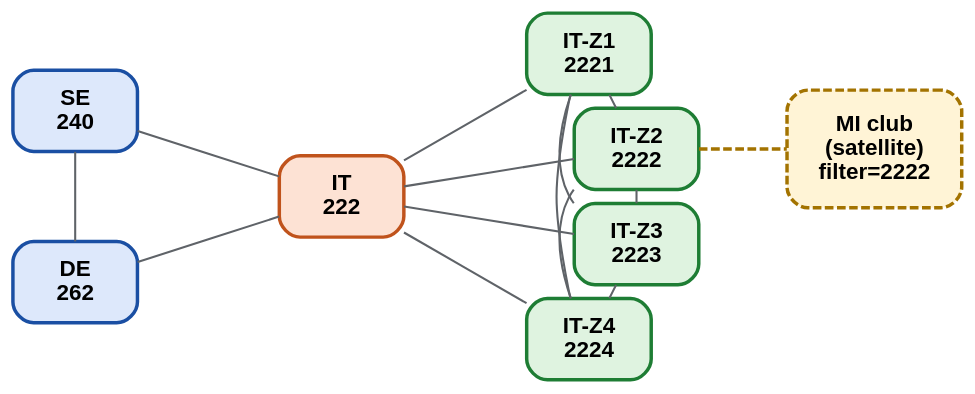
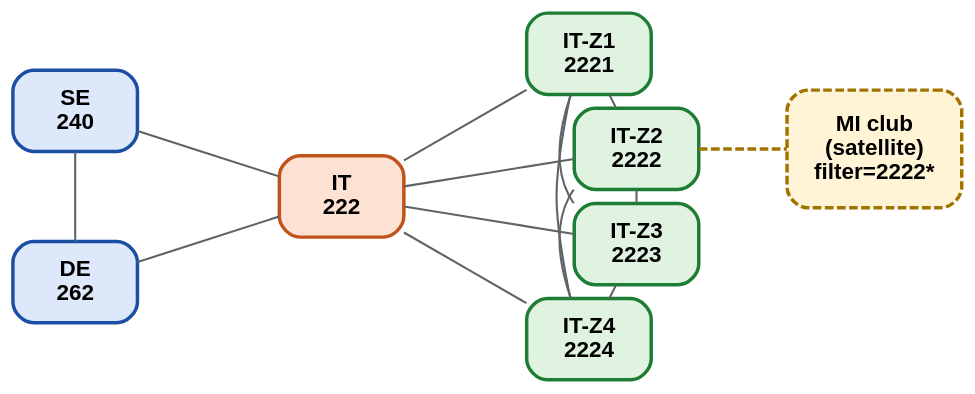
One commit to audric/GeuReflector changed the diagram in docs/topology_pdf/04_hybrid.dot. Above: the diagram before and after it, drawn with Graphviz. The commit also changed 11 other files, not shown here.

```diff
--- a/docs/topology_pdf/04_hybrid.dot
+++ b/docs/topology_pdf/04_hybrid.dot
@@ -1,43 +1,43 @@
 // Hybrid — two-domain trunk topology (intl + national, joined at IT 222),
 // plus an MI club satellite hanging off Z2 over port :5303.
 graph Hybrid {
   layout = neato;
   bgcolor = "transparent";
   margin = 0.3;
   overlap = false;
   splines = true;
 
   node [shape=box, style="filled,rounded", fontname="Helvetica-Bold",
         fontsize=13, penwidth=2, width=1.0, height=0.65, fixedsize=true];
 
   // International domain on the left
   SE [label="SE\n240", fillcolor="#dde8fb", color="#1a4fa3", pos="-2.8, 0.9!"];
   DE [label="DE\n262", fillcolor="#dde8fb", color="#1a4fa3", pos="-2.8,-0.9!"];
 
   // Country gateway (hinge)
   IT [label="IT\n222", fillcolor="#fde2d4", color="#c0531c", pos="0,0!"];
 
   // National domain on the right
   Z1 [label="IT-Z1\n2221", fillcolor="#dff3e0", color="#1e7d34", pos="2.6, 1.5!"];
   Z2 [label="IT-Z2\n2222", fillcolor="#dff3e0", color="#1e7d34", pos="3.1, 0.5!"];
   Z3 [label="IT-Z3\n2223", fillcolor="#dff3e0", color="#1e7d34", pos="3.1,-0.5!"];
   Z4 [label="IT-Z4\n2224", fillcolor="#dff3e0", color="#1e7d34", pos="2.6,-1.5!"];
 
   // Satellite hanging off Z2 (NAT'd club reflector)
-  MI [label="MI club\n(satellite)\nfilter=2222",
+  MI [label="MI club\n(satellite)\nfilter=2222*",
       fillcolor="#fff4d6", color="#a37300", style="filled,rounded,dashed",
       height=0.95, width=1.4, pos="5.6, 0.5!"];
 
   edge [color="#5f6368", penwidth=1.2];
 
   // Two domains joined at IT
   SE -- DE; SE -- IT; DE -- IT;
   IT -- Z1; IT -- Z2; IT -- Z3; IT -- Z4;
   Z1 -- Z2; Z1 -- Z3; Z1 -- Z4;
   Z2 -- Z3; Z2 -- Z4;
   Z3 -- Z4;
 
   // Satellite mirror edge (Z2 ↔ MI)
   edge [color="#a37300", penwidth=2.0, style=dashed];
   Z2 -- MI;
 }
```
